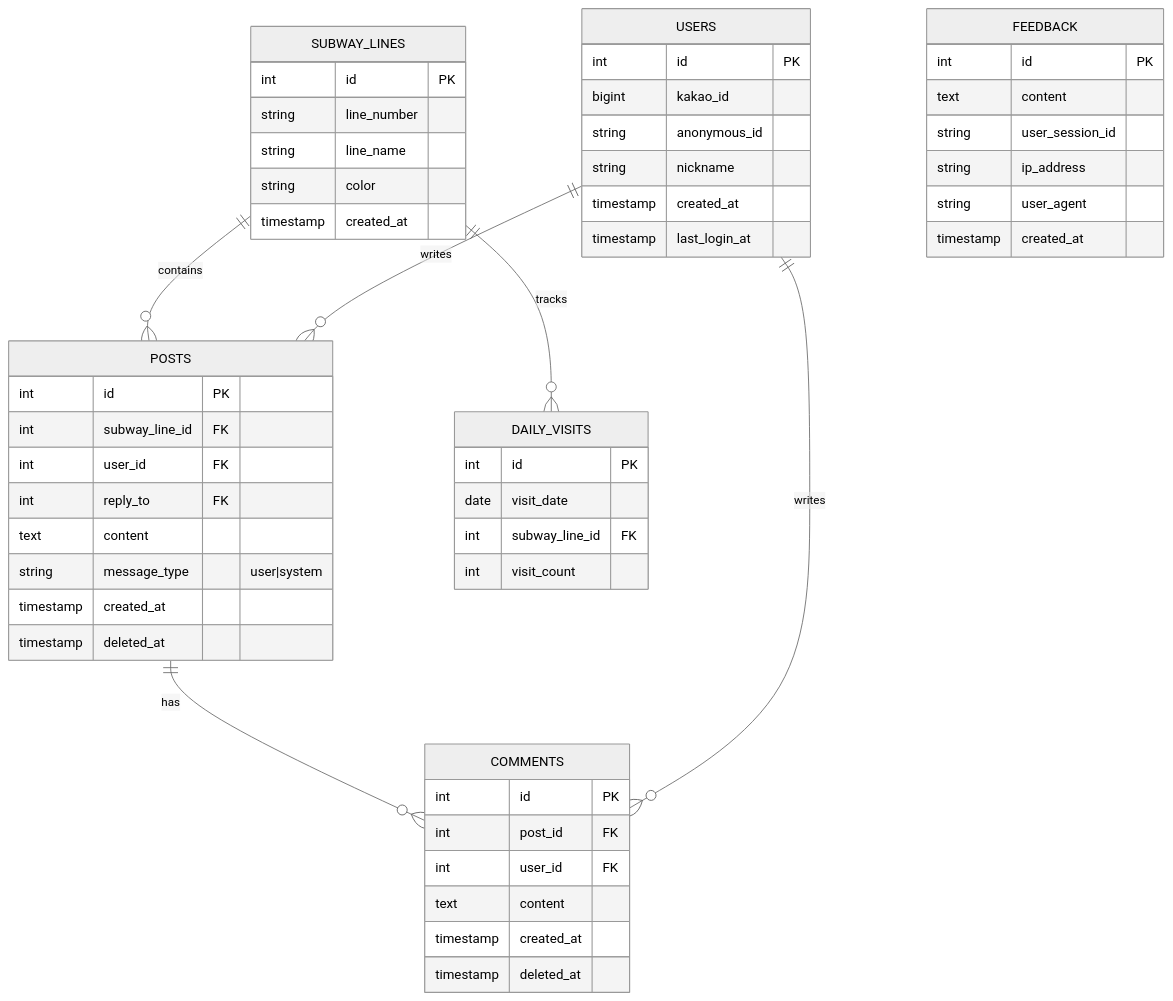
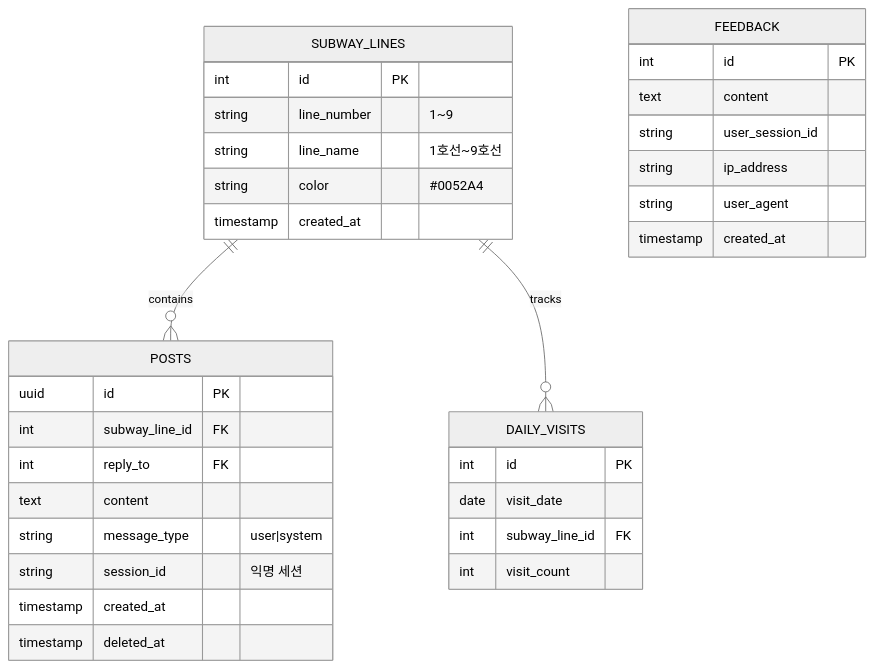
One commit to doublesilver/subway-board changed the fifth of 11 diagrams in README.md. Above: the diagram before and after it, drawn with Mermaid (neutral theme). The commit also changed other lines of this file, not shown here.

````diff
--- a/README.md
+++ b/README.md
@@ -107,61 +227,40 @@
 ```mermaid
 erDiagram
     SUBWAY_LINES ||--o{ POSTS : contains
     SUBWAY_LINES ||--o{ DAILY_VISITS : tracks
-    POSTS ||--o{ COMMENTS : has
-    USERS ||--o{ POSTS : writes
-    USERS ||--o{ COMMENTS : writes
 
     SUBWAY_LINES {
         int id PK
-        string line_number
-        string line_name
-        string color
+        string line_number "1~9"
+        string line_name "1호선~9호선"
+        string color "#0052A4"
         timestamp created_at
     }
 
-    USERS {
-        int id PK
-        bigint kakao_id
-        string anonymous_id
-        string nickname
-        timestamp created_at
-        timestamp last_login_at
-    }
-
     POSTS {
-        int id PK
+        uuid id PK
         int subway_line_id FK
-        int user_id FK
         int reply_to FK
         text content
         string message_type "user|system"
-        timestamp created_at
-        timestamp deleted_at
-    }
-
-    COMMENTS {
-        int id PK
-        int post_id FK
-        int user_id FK
-        text content
+        string session_id "익명 세션"
         timestamp created_at
         timestamp deleted_at
     }
 
     DAILY_VISITS {
         int id PK
         date visit_date
         int subway_line_id FK
         int visit_count
     }
 
     FEEDBACK {
         int id PK
         text content
         string user_session_id
         string ip_address
         string user_agent
         timestamp created_at
     }
 ```
````
